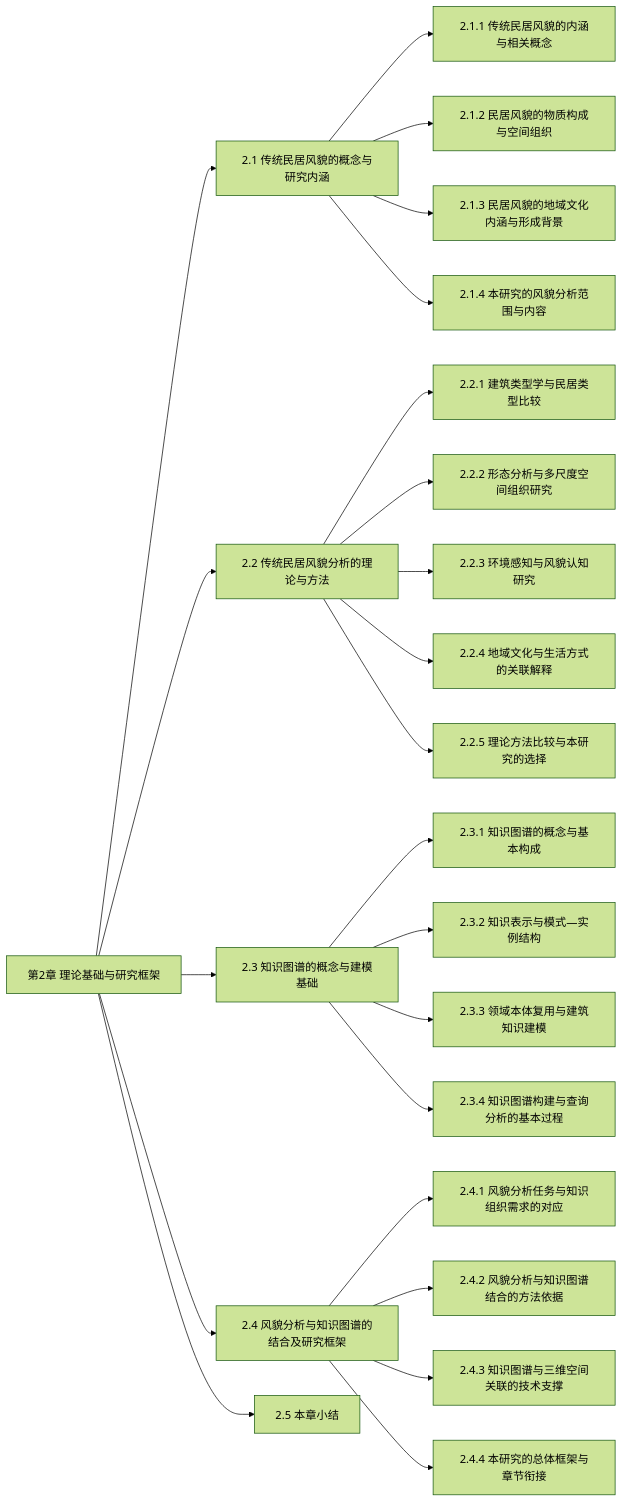
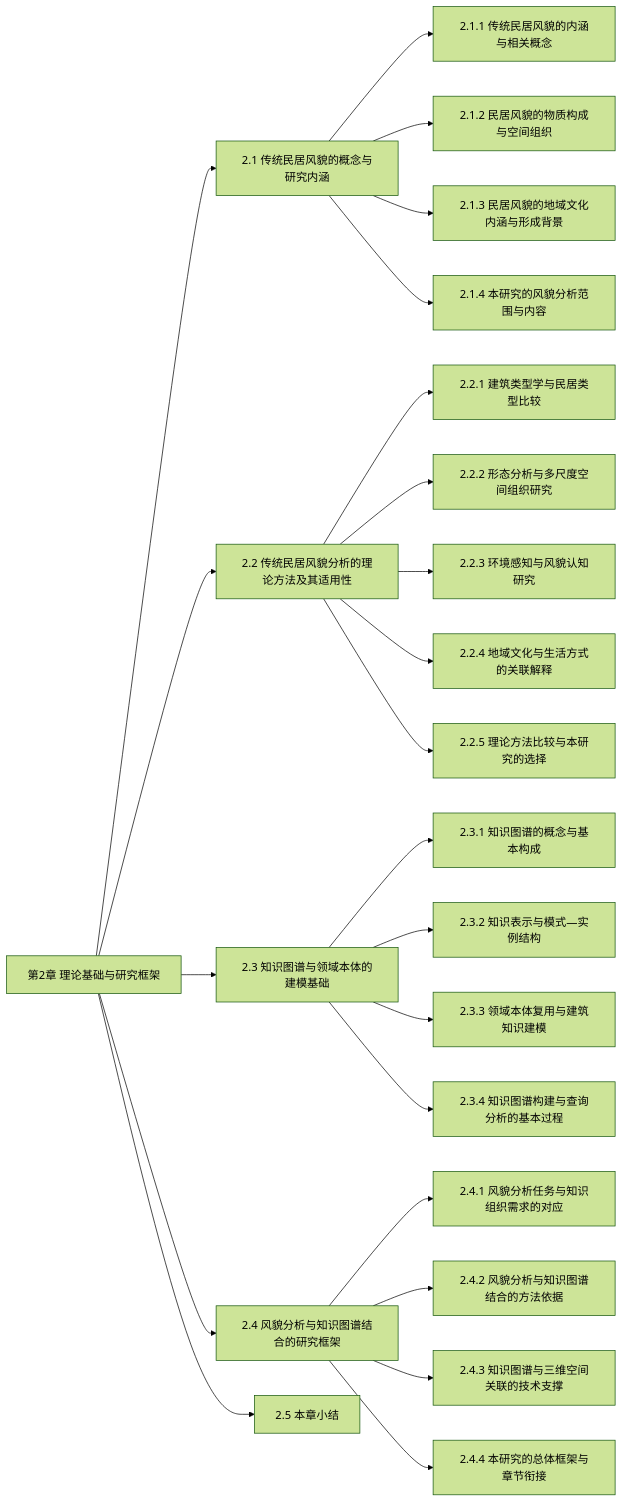
The diagram in 论文章节/章节导航/02-理论基础.md (WYLINX601/Linx_paper), drawn with Mermaid (forest theme) before and after one commit. The commit also changed other lines of this file and 205 other files, not shown here.

Commit message:
Update research outline, framework diagrams and fieldwork materials

````diff
--- a/论文章节/章节导航/02-理论基础.md
+++ b/论文章节/章节导航/02-理论基础.md
@@ -101,48 +101,48 @@
 ```mermaid
 flowchart LR
   chapter-2["第2章 理论基础与研究框架"]
   section-2-style-concept["2.1 传统民居风貌的概念与研究内涵"]
   chapter-2 --> section-2-style-concept
   sub-concept-definition["2.1.1 传统民居风貌的内涵与相关概念"]
   section-2-style-concept --> sub-concept-definition
   sub-concept-physical["2.1.2 民居风貌的物质构成与空间组织"]
   section-2-style-concept --> sub-concept-physical
   sub-concept-cultural["2.1.3 民居风貌的地域文化内涵与形成背景"]
   section-2-style-concept --> sub-concept-cultural
   sub-concept-scope["2.1.4 本研究的风貌分析范围与内容"]
   section-2-style-concept --> sub-concept-scope
-  section-2-analysis-foundations["2.2 传统民居风貌分析的理论与方法"]
+  section-2-analysis-foundations["2.2 传统民居风貌分析的理论方法及其适用性"]
   chapter-2 --> section-2-analysis-foundations
   sub-analysis-typology["2.2.1 建筑类型学与民居类型比较"]
   section-2-analysis-foundations --> sub-analysis-typology
   sub-analysis-morphology["2.2.2 形态分析与多尺度空间组织研究"]
   section-2-analysis-foundations --> sub-analysis-morphology
   sub-analysis-perception["2.2.3 环境感知与风貌认知研究"]
   section-2-analysis-foundations --> sub-analysis-perception
   sub-analysis-culture["2.2.4 地域文化与生活方式的关联解释"]
   section-2-analysis-foundations --> sub-analysis-culture
   sub-analysis-selection["2.2.5 理论方法比较与本研究的选择"]
   section-2-analysis-foundations --> sub-analysis-selection
-  section-2-kg-foundations["2.3 知识图谱的概念与建模基础"]
+  section-2-kg-foundations["2.3 知识图谱与领域本体的建模基础"]
   chapter-2 --> section-2-kg-foundations
   sub-kg-concepts["2.3.1 知识图谱的概念与基本构成"]
   section-2-kg-foundations --> sub-kg-concepts
   sub-kg-representation["2.3.2 知识表示与模式—实例结构"]
   section-2-kg-foundations --> sub-kg-representation
   sub-kg-ontology["2.3.3 领域本体复用与建筑知识建模"]
   section-2-kg-foundations --> sub-kg-ontology
   sub-kg-workflow["2.3.4 知识图谱构建与查询分析的基本过程"]
   section-2-kg-foundations --> sub-kg-workflow
-  section-2-integration-framework["2.4 风貌分析与知识图谱的结合及研究框架"]
+  section-2-integration-framework["2.4 风貌分析与知识图谱结合的研究框架"]
   chapter-2 --> section-2-integration-framework
   sub-integration-needs["2.4.1 风貌分析任务与知识组织需求的对应"]
   section-2-integration-framework --> sub-integration-needs
   sub-integration-methods["2.4.2 风貌分析与知识图谱结合的方法依据"]
   section-2-integration-framework --> sub-integration-methods
   sub-integration-technology["2.4.3 知识图谱与三维空间关联的技术支撑"]
   section-2-integration-framework --> sub-integration-technology
   sub-integration-framework["2.4.4 本研究的总体框架与章节衔接"]
   section-2-integration-framework --> sub-integration-framework
   section-2-summary["2.5 本章小结"]
   chapter-2 --> section-2-summary
 ```
````
